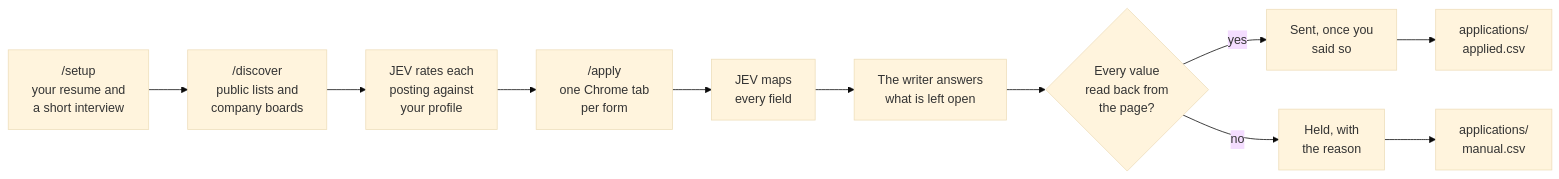
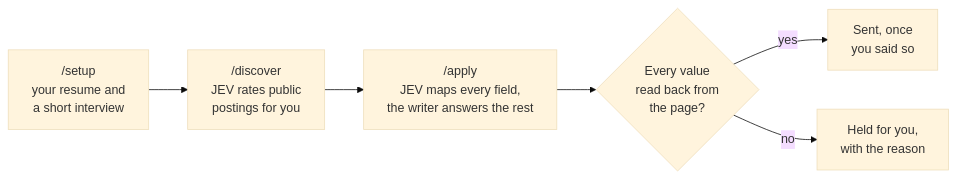
Before and after one commit to qbeka/jev-job-search: the diagram in README.md, drawn with Mermaid (base theme).

Commit message:
docs: a diagram small enough to read

````diff
--- a/README.md
+++ b/README.md
@@ -107,13 +107,8 @@
 ```mermaid
 flowchart LR
-  A["/setup<br>your resume and<br>a short interview"] --> B["/discover<br>public lists and<br>company boards"]
-  B --> C["JEV rates each<br>posting against<br>your profile"]
-  C --> D["/apply<br>one Chrome tab<br>per form"]
-  D --> E["JEV maps<br>every field"]
-  E --> F["The writer answers<br>what is left open"]
-  F --> G{"Every value<br>read back from<br>the page?"}
-  G -- yes --> H["Sent, once you<br>said so"]
-  G -- no --> I["Held, with<br>the reason"]
-  H --> J["applications/<br>applied.csv"]
-  I --> K["applications/<br>manual.csv"]
+  A["/setup<br>your resume and<br>a short interview"] --> B["/discover<br>JEV rates public<br>postings for you"]
+  B --> C["/apply<br>JEV maps every field,<br>the writer answers the rest"]
+  C --> D{"Every value<br>read back from<br>the page?"}
+  D -- yes --> E["Sent, once<br>you said so"]
+  D -- no --> F["Held for you,<br>with the reason"]
 ```
````
